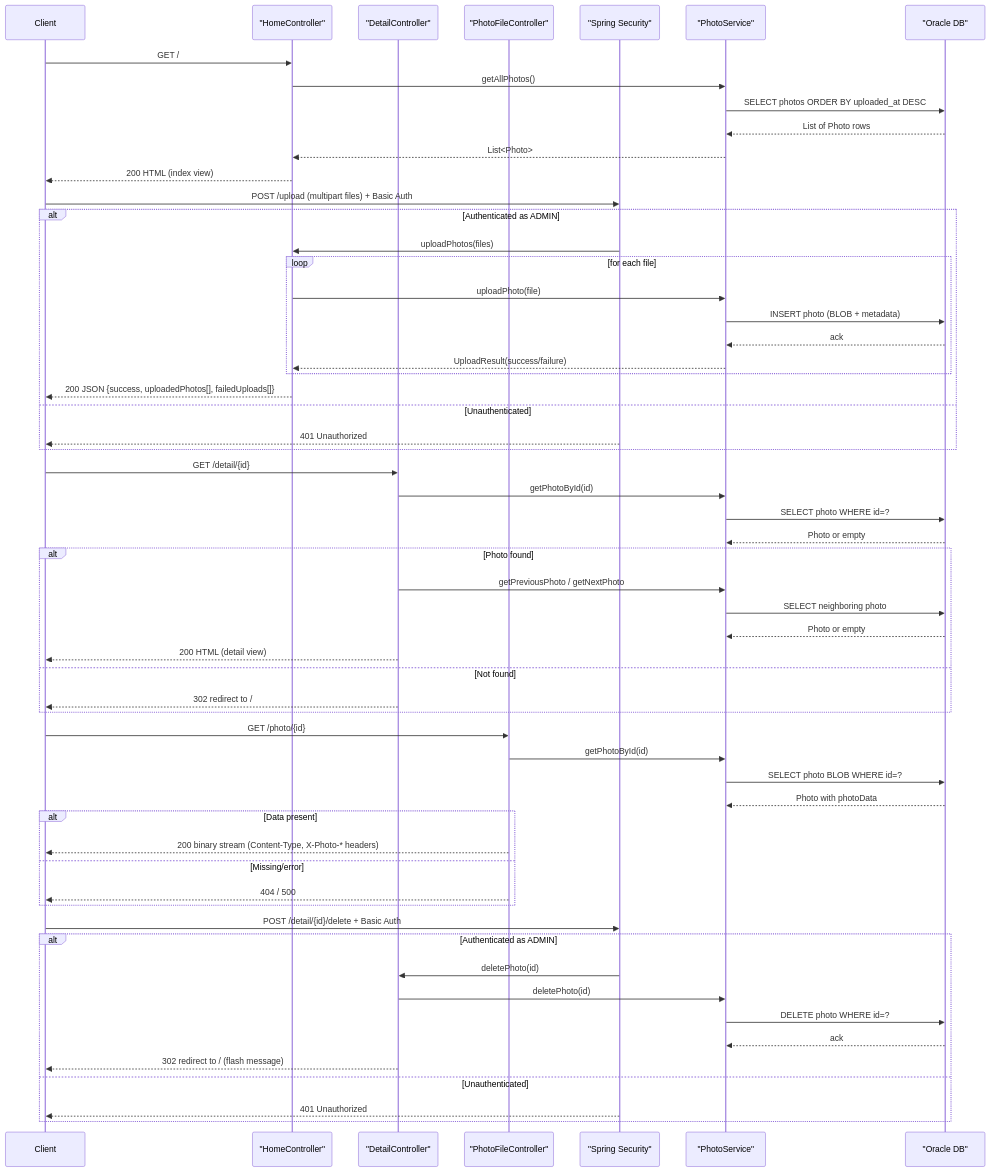
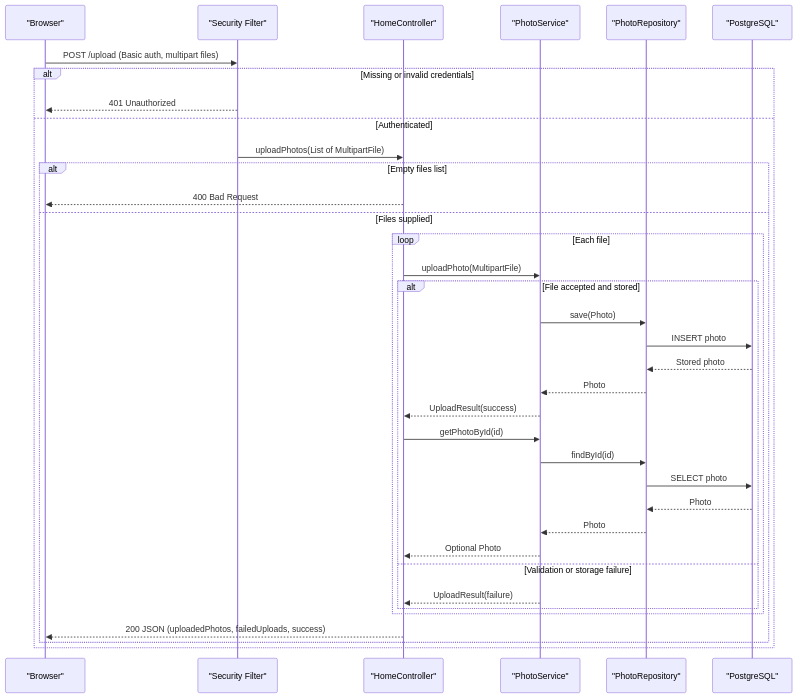
One commit to sofiedelaet001/PhotoAlbum-Java changed the diagram in .github/modernize/assessment/engines/facts/api-service-contracts.md. Above: the diagram before and after it, drawn with Mermaid. The commit also changed other lines of this file and 23 other files, not shown here.

Commit message:
Migrate PhotoAlbum to PostgreSQL

````diff
--- a/.github/modernize/assessment/engines/facts/api-service-contracts.md
+++ b/.github/modernize/assessment/engines/facts/api-service-contracts.md
@@ -56,65 +56,39 @@
 ```mermaid
 sequenceDiagram
-    participant Client
+    participant Client as "Browser"
+    participant Security as "Security Filter"
     participant Home as "HomeController"
-    participant Detail as "DetailController"
-    participant File as "PhotoFileController"
-    participant Sec as "Spring Security"
-    participant Svc as "PhotoService"
-    participant DB as "Oracle DB"
+    participant Service as "PhotoService"
+    participant Repo as "PhotoRepository"
+    participant DB as "PostgreSQL"
 
-    Client->>Home: GET /
-    Home->>Svc: getAllPhotos()
-    Svc->>DB: SELECT photos ORDER BY uploaded_at DESC
-    DB-->>Svc: List of Photo rows
-    Svc-->>Home: List<Photo>
-    Home-->>Client: 200 HTML (index view)
-
-    Client->>Sec: POST /upload (multipart files) + Basic Auth
-    alt Authenticated as ADMIN
-        Sec->>Home: uploadPhotos(files)
-        loop for each file
-            Home->>Svc: uploadPhoto(file)
-            Svc->>DB: INSERT photo (BLOB + metadata)
-            DB-->>Svc: ack
-            Svc-->>Home: UploadResult(success/failure)
+    Client->>Security: POST /upload (Basic auth, multipart files)
+    alt Missing or invalid credentials
+        Security-->>Client: 401 Unauthorized
+    else Authenticated
+        Security->>Home: uploadPhotos(List of MultipartFile)
+        alt Empty files list
+            Home-->>Client: 400 Bad Request
+        else Files supplied
+            loop Each file
+                Home->>Service: uploadPhoto(MultipartFile)
+                alt File accepted and stored
+                    Service->>Repo: save(Photo)
+                    Repo->>DB: INSERT photo
+                    DB-->>Repo: Stored photo
+                    Repo-->>Service: Photo
+                    Service-->>Home: UploadResult(success)
+                    Home->>Service: getPhotoById(id)
+                    Service->>Repo: findById(id)
+                    Repo->>DB: SELECT photo
+                    DB-->>Repo: Photo
+                    Repo-->>Service: Photo
+                    Service-->>Home: Optional Photo
+                else Validation or storage failure
+                    Service-->>Home: UploadResult(failure)
+                end
+            end
+            Home-->>Client: 200 JSON (uploadedPhotos, failedUploads, success)
         end
-        Home-->>Client: 200 JSON {success, uploadedPhotos[], failedUploads[]}
-    else Unauthenticated
-        Sec-->>Client: 401 Unauthorized
-    end
-
-    Client->>Detail: GET /detail/{id}
-    Detail->>Svc: getPhotoById(id)
-    Svc->>DB: SELECT photo WHERE id=?
-    DB-->>Svc: Photo or empty
-    alt Photo found
-        Detail->>Svc: getPreviousPhoto / getNextPhoto
-        Svc->>DB: SELECT neighboring photo
-        DB-->>Svc: Photo or empty
-        Detail-->>Client: 200 HTML (detail view)
-    else Not found
-        Detail-->>Client: 302 redirect to /
-    end
-
-    Client->>File: GET /photo/{id}
-    File->>Svc: getPhotoById(id)
-    Svc->>DB: SELECT photo BLOB WHERE id=?
-    DB-->>Svc: Photo with photoData
-    alt Data present
-        File-->>Client: 200 binary stream (Content-Type, X-Photo-* headers)
-    else Missing/error
-        File-->>Client: 404 / 500
-    end
-
-    Client->>Sec: POST /detail/{id}/delete + Basic Auth
-    alt Authenticated as ADMIN
-        Sec->>Detail: deletePhoto(id)
-        Detail->>Svc: deletePhoto(id)
-        Svc->>DB: DELETE photo WHERE id=?
-        DB-->>Svc: ack
-        Detail-->>Client: 302 redirect to / (flash message)
-    else Unauthenticated
-        Sec-->>Client: 401 Unauthorized
     end
 ```
````
